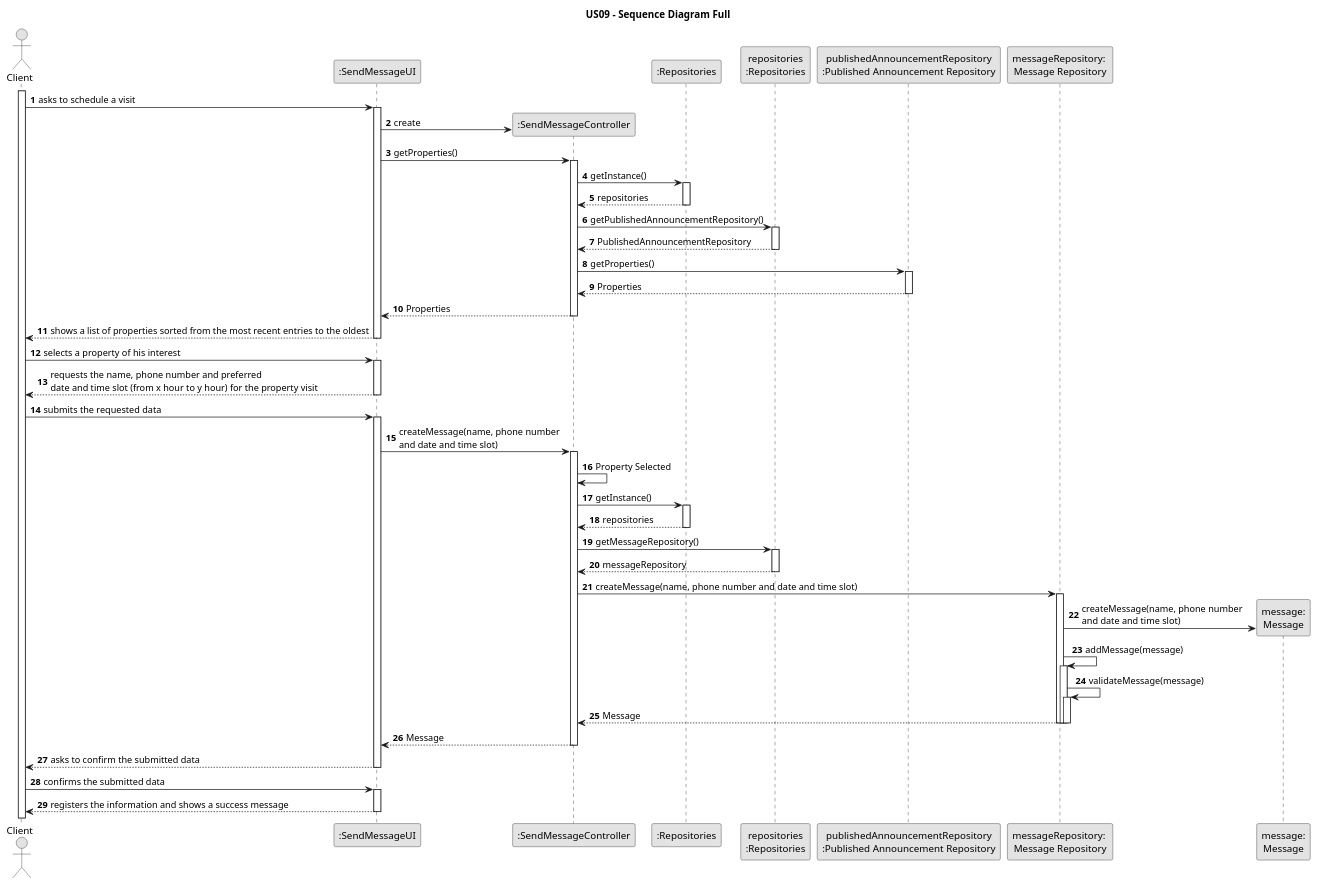
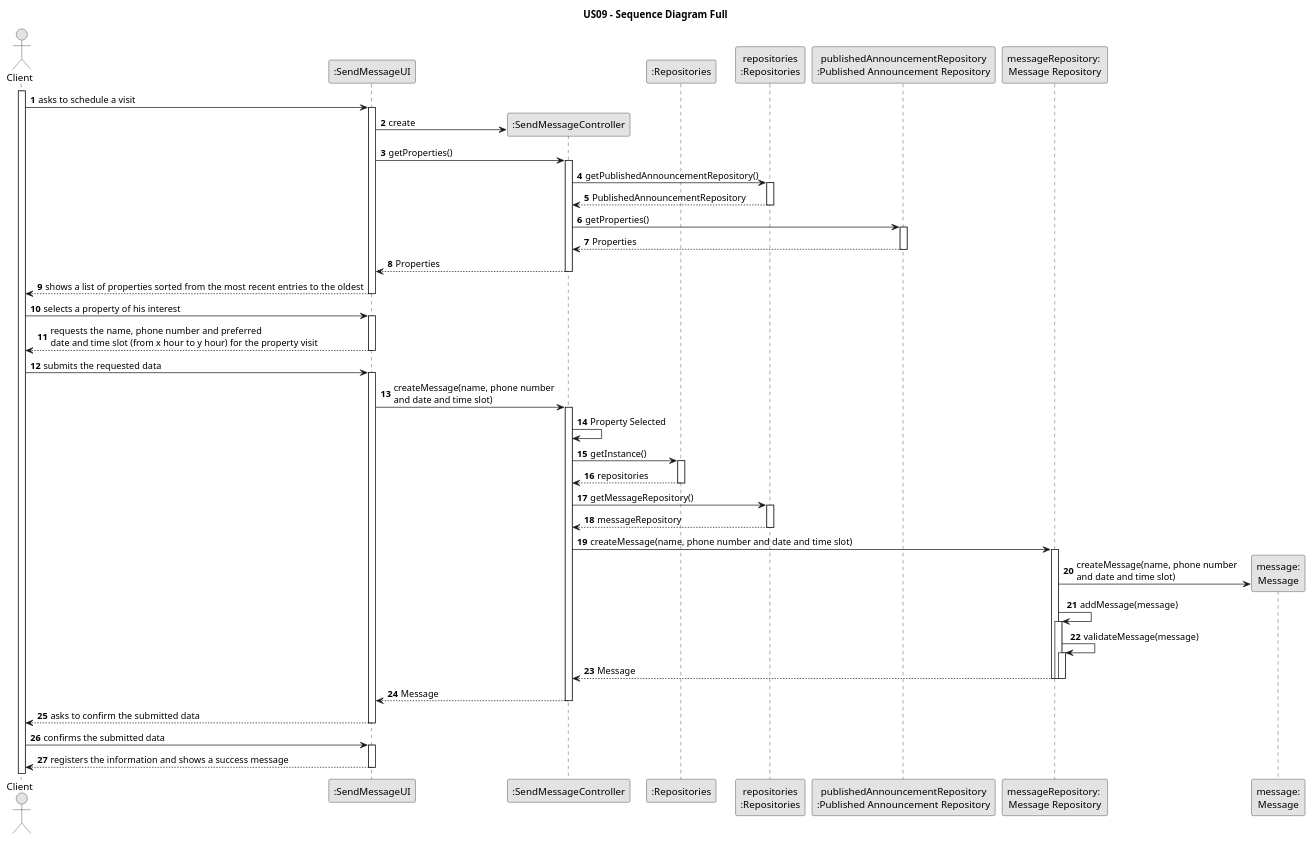
The diagram in docs/sprintC/US09/03.design/puml/us09-sequence-diagram-full.puml (PureNimble/ISEP-LAPR2), drawn with PlantUML before and after one commit.

Commit message:
US09 - Sequence Diagram update (small correction)

```diff
--- a/docs/sprintC/US09/03.design/puml/us09-sequence-diagram-full.puml
+++ b/docs/sprintC/US09/03.design/puml/us09-sequence-diagram-full.puml
@@ -1,165 +1,165 @@
 @startuml
 skinparam monochrome true
 skinparam packageStyle rectangle
 skinparam shadowing false
 
 title US09 - Sequence Diagram Full
 
 autonumber
 
 'hide footbox
 actor "Client" as Client
 participant ":SendMessageUI" as UI
 participant ":SendMessageController" as CTRL
 participant ":Repositories" as Repository
 participant "repositories\n:Repositories" as Repository2
 participant "publishedAnnouncementRepository\n:Published Announcement Repository" as publishedAnnouncementRepository
 participant "messageRepository: \nMessage Repository" as messageRepository
 participant "message:\nMessage" as message
 
 autonumber
 
         activate Client
 
     Client -> UI: asks to schedule a visit
         activate UI
 
         UI -> CTRL** : create
 '    UI --> Client : requests an identity
 '        deactivate UI
 '
 '    Client -> UI : inserts his email
 '        activate UI
 '
 '        UI -> CTRL : getUserInformation()
 '
 '            activate CTRL
 '
 '            CTRL -> Repository : getInstance()
 '                activate Repository
 '
 '            Repository --> CTRL : repositories
 '                deactivate Repository
 '
 '            CTRL -> Repository2 : getUserInformationRepository()
 '                activate Repository2
 '
 '            Repository2 --> CTRL : UserInformationRepository
 '                deactivate Repository2
 '
 '            CTRL -> UserRepository : getUserInformation()
 '
 '                activate UserRepository
 '
 '            UserRepository --> CTRL : User Information
 '
 '                deactivate UserRepository
 '
 '        CTRL --> UI : User Information
 '
 '            deactivate CTRL
 '
 '
 '    UI --> Client : shows User information and requests a confirmation
 '        deactivate UI
 '
 '    Client -> UI : confirms his personal information
 '        activate UI
 
         UI -> CTRL : getProperties()
             activate CTRL
 
-            CTRL -> Repository : getInstance()
-                activate Repository
-
-            Repository --> CTRL : repositories
-                deactivate Repository
+'            CTRL -> Repository : getInstance()
+'                activate Repository
+'
+'            Repository --> CTRL : repositories
+'                deactivate Repository
 
             CTRL -> Repository2 : getPublishedAnnouncementRepository()
                 activate Repository2
 
             Repository2 --> CTRL : PublishedAnnouncementRepository
                 deactivate Repository2
 
             CTRL -> publishedAnnouncementRepository : getProperties()
 
                 activate publishedAnnouncementRepository
 
             publishedAnnouncementRepository --> CTRL : Properties
 
                 deactivate publishedAnnouncementRepository
 
         CTRL --> UI : Properties
 
             deactivate CTRL
 
     UI --> Client: shows a list of properties sorted from the most recent entries to the oldest
         deactivate UI
 
     Client -> UI: selects a property of his interest
         activate UI
 
     '   UI --> UI : keepPropertySelected(propertyDescription)
 
 
 '    UI --> Client: asks to confirm the property selected
 '        deactivate UI
 '
 '    Client -> UI: confirms the selected data
 '        activate UI
 
     UI --> Client: requests the name, phone number and preferred \ndate and time slot (from x hour to y hour) for the property visit
         deactivate UI
 
     Client -> UI: submits the requested data
         activate UI
 
    ' UI --> UI : keepsData(name, phone number \nand date and time slot)
 
     UI -> CTRL: createMessage(name, phone number \nand date and time slot)
         activate CTRL
 
     CTRL ->CTRL: Property Selected
 
         CTRL -> Repository : getInstance()
             activate Repository
 
         Repository --> CTRL : repositories
             deactivate Repository
 
         CTRL -> Repository2 : getMessageRepository()
             activate Repository2
 
         Repository2 --> CTRL : messageRepository
             deactivate Repository2
 
             CTRL -> messageRepository : createMessage(name, phone number and date and time slot)
                 activate messageRepository
 
                 messageRepository -> message** : createMessage(name, phone number \nand date and time slot)
 
                 messageRepository -> messageRepository : addMessage(message)
                 activate messageRepository
 
                 messageRepository -> messageRepository : validateMessage(message)
                 activate messageRepository
 
                 messageRepository --> CTRL : Message
                 deactivate messageRepository
                 deactivate messageRepository
                 deactivate messageRepository
 
            CTRL --> UI : Message
            deactivate CTRL
 
     UI --> Client: asks to confirm the submitted data
         deactivate UI
 
     Client -> UI: confirms the submitted data
         activate UI
 
     UI --> Client: registers the information and shows a success message
         deactivate UI
 
 
 @enduml
```
